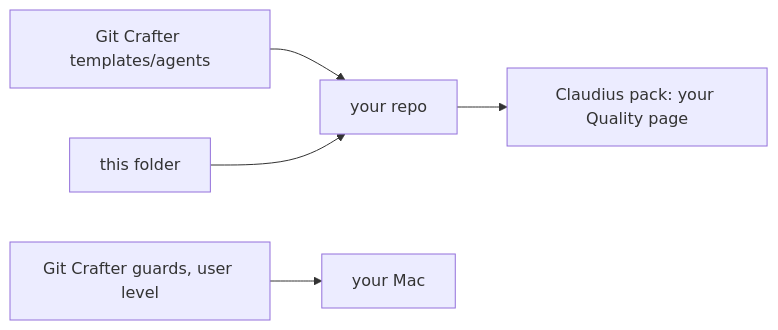
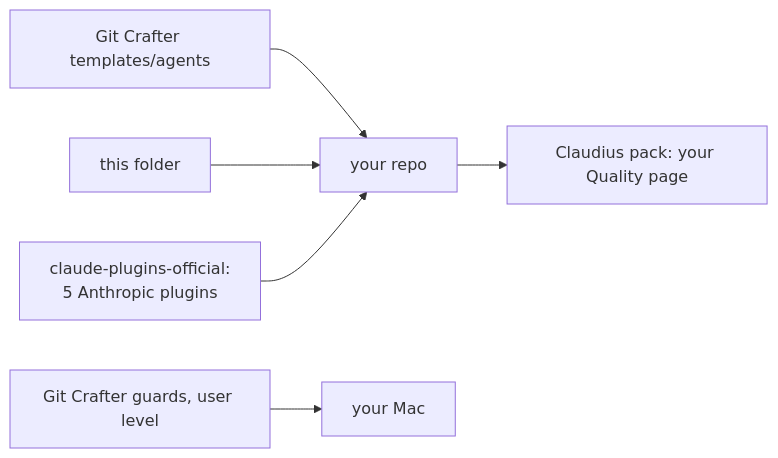
The first of 3 diagrams in templates/claude/README.md (Colorado-Startups/claudius), drawn with Mermaid before and after one commit. The commit also changed other lines of this file and 12 other files, not shown here.

First line of the commit message:
Templates: Anthropic plugin set, one-way-door deny rules, a Plugins section (#54)

````diff
--- a/templates/claude/README.md
+++ b/templates/claude/README.md
@@ -5,7 +5,8 @@
 ```mermaid
 flowchart LR
   A[Git Crafter templates/agents] --> R[your repo]
   B[this folder] --> R
+  O[claude-plugins-official:<br/>5 Anthropic plugins] --> R
   C[Git Crafter guards, user level] --> M[your Mac]
   R --> P[Claudius pack: your Quality page]
 ```
````
